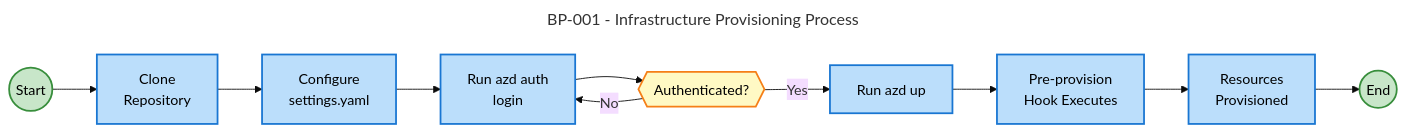
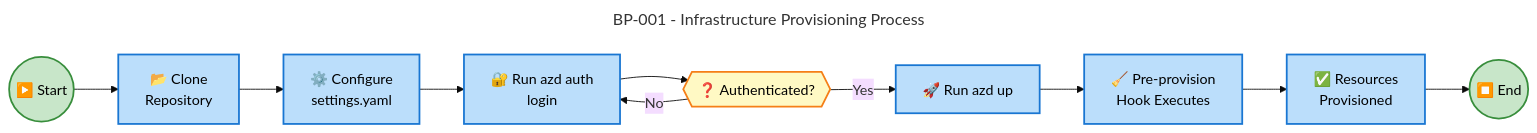
The fifth of 7 diagrams in docs/architecture/Business_Architecture_Document.md (Evilazaro/APIM-Accelerator), drawn with Mermaid before and after one commit. The commit also changed other lines of this file, not shown here.

Commit message:
Enhance Business Architecture Document with additional mindmap and flowchart styling for improved clarity and visual representation of business capabilities and processes

````diff
--- a/docs/architecture/Business_Architecture_Document.md
+++ b/docs/architecture/Business_Architecture_Document.md
@@ -387,29 +407,38 @@
 ```mermaid
 ---
 title: BP-001 - Infrastructure Provisioning Process
 config:
   theme: base
 ---
 flowchart LR
     accTitle: Infrastructure Provisioning Business Process
     accDescr: BPMN-style process flow for provisioning APIM infrastructure
 
+    %% ============================================
+    %% COLOR SCHEME DOCUMENTATION
+    %% ============================================
+    %% SEMANTIC COLORS by function:
+    %%   Start/End: Green (#C8E6C9) - Success states
+    %%   Task: Blue (#BBDEFB) - Process steps
+    %%   Gateway: Yellow (#FFF9C4) - Decision points
+    %% ============================================
+
     classDef startEnd fill:#C8E6C9,stroke:#388E3C,stroke-width:2px,color:#000
     classDef task fill:#BBDEFB,stroke:#1976D2,stroke-width:2px,color:#000
     classDef gateway fill:#FFF9C4,stroke:#F57F17,stroke-width:2px,color:#000
 
-    start((Start)):::startEnd
-    t1["Clone<br/>Repository"]:::task
-    t2["Configure<br/>settings.yaml"]:::task
-    t3["Run azd auth<br/>login"]:::task
-    g1{{"Authenticated?"}}:::gateway
-    t4["Run azd up"]:::task
-    t5["Pre-provision<br/>Hook Executes"]:::task
-    t6["Resources<br/>Provisioned"]:::task
-    finish((End)):::startEnd
+    start(("▶️ Start")):::startEnd
+    t1["📂 Clone<br/>Repository"]:::task
+    t2["⚙️ Configure<br/>settings.yaml"]:::task
+    t3["🔐 Run azd auth<br/>login"]:::task
+    g1{{"❓ Authenticated?"}}:::gateway
+    t4["🚀 Run azd up"]:::task
+    t5["🧹 Pre-provision<br/>Hook Executes"]:::task
+    t6["✅ Resources<br/>Provisioned"]:::task
+    finish(("⏹️ End")):::startEnd
 
     start --> t1 --> t2 --> t3 --> g1
     g1 -->|Yes| t4
     g1 -->|No| t3
     t4 --> t5 --> t6 --> finish
 ```
````
